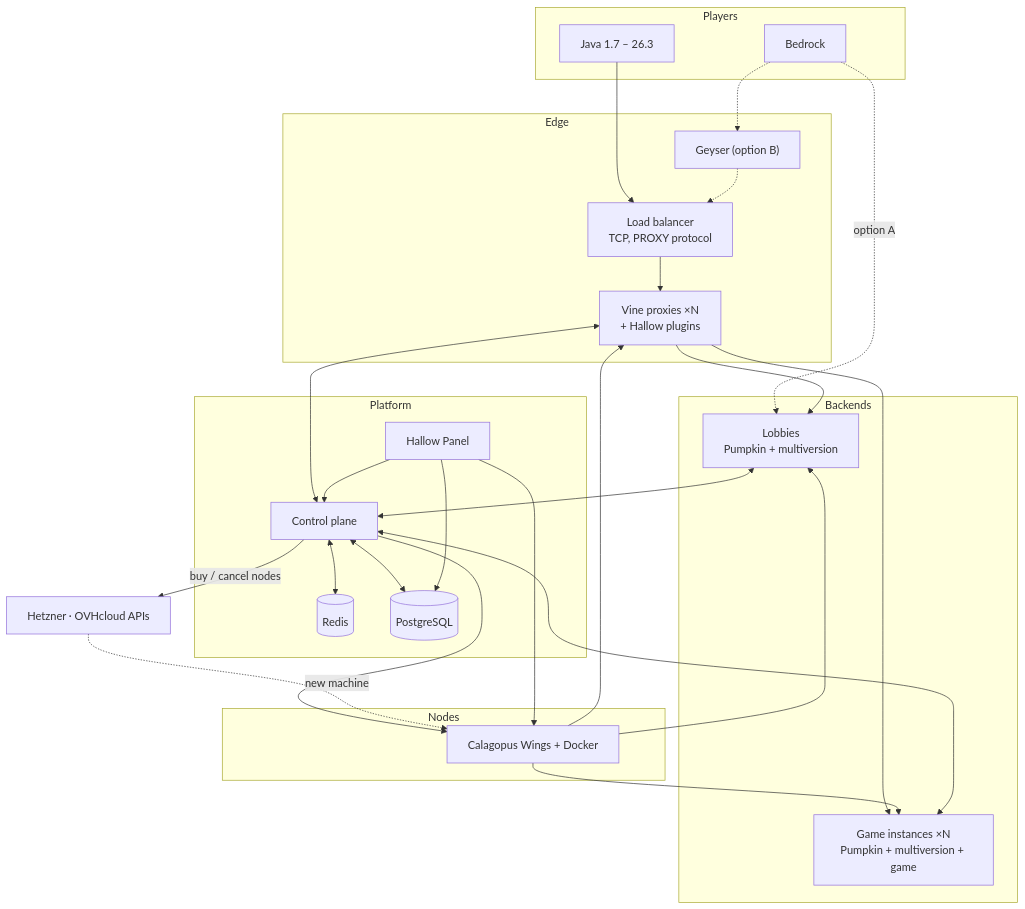
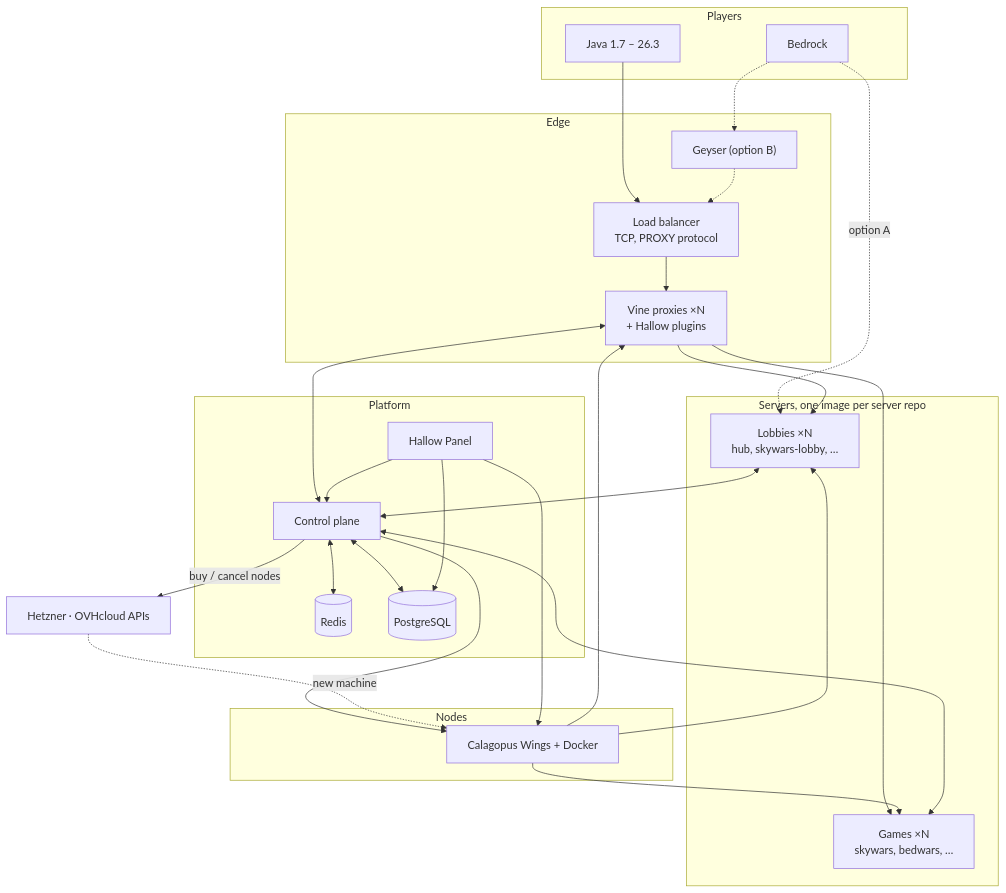
Before and after one commit to xena-studios/hallow: the diagram in docs/ARCHITECTURE.md, drawn with Mermaid. The commit also changed other lines of this file and 10 other files, not shown here.

````diff
--- a/docs/ARCHITECTURE.md
+++ b/docs/ARCHITECTURE.md
@@ -5,38 +5,38 @@
 ```mermaid
 flowchart TB
     subgraph Players
         java["Java 1.7 – 26.3"]
         bedrock["Bedrock"]
     end
     subgraph Edge
         lb["Load balancer<br/>TCP, PROXY protocol"]
         geyser["Geyser (option B)"]
         vine["Vine proxies ×N<br/>+ Hallow plugins"]
     end
-    subgraph Backends
-        lobby["Lobbies<br/>Pumpkin + multiversion"]
-        games["Game instances ×N<br/>Pumpkin + multiversion + game"]
+    subgraph Servers["Servers, one image per server repo"]
+        lobby["Lobbies ×N<br/>hub, skywars-lobby, …"]
+        games["Games ×N<br/>skywars, bedwars, …"]
     end
     subgraph Platform
         cp["Control plane"]
         redis[("Redis")]
         pg[("PostgreSQL")]
         panel["Hallow Panel"]
     end
     subgraph Nodes
         wings["Calagopus Wings + Docker"]
     end
     providers["Hetzner · OVHcloud APIs"]
     java --> lb --> vine
     bedrock -.-> geyser -.-> lb
     bedrock -. "option A" .-> lobby
     vine --> lobby & games
     vine <--> cp
     lobby & games <--> cp
     cp <--> redis & pg
     cp --> wings
     cp -- "buy / cancel nodes" --> providers
     providers -. "new machine" .-> wings
     panel --> cp & wings & pg
     wings --> vine & lobby & games
 ```
````
